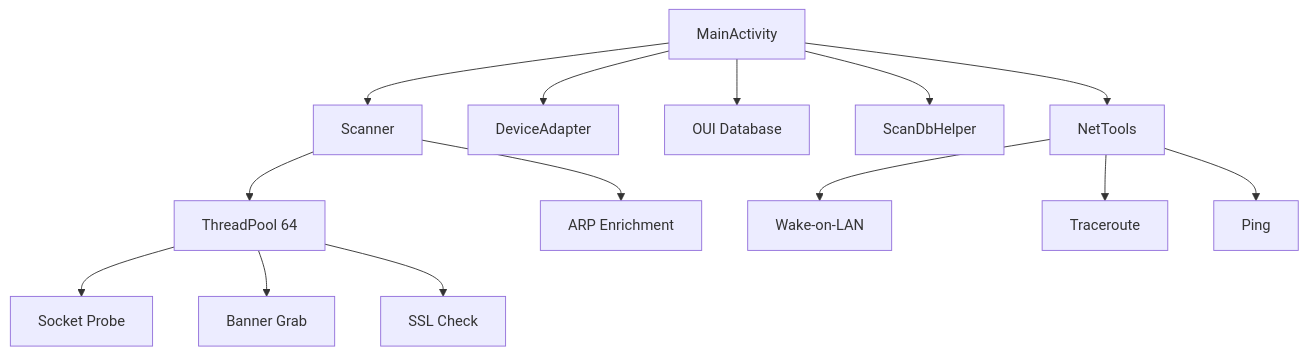
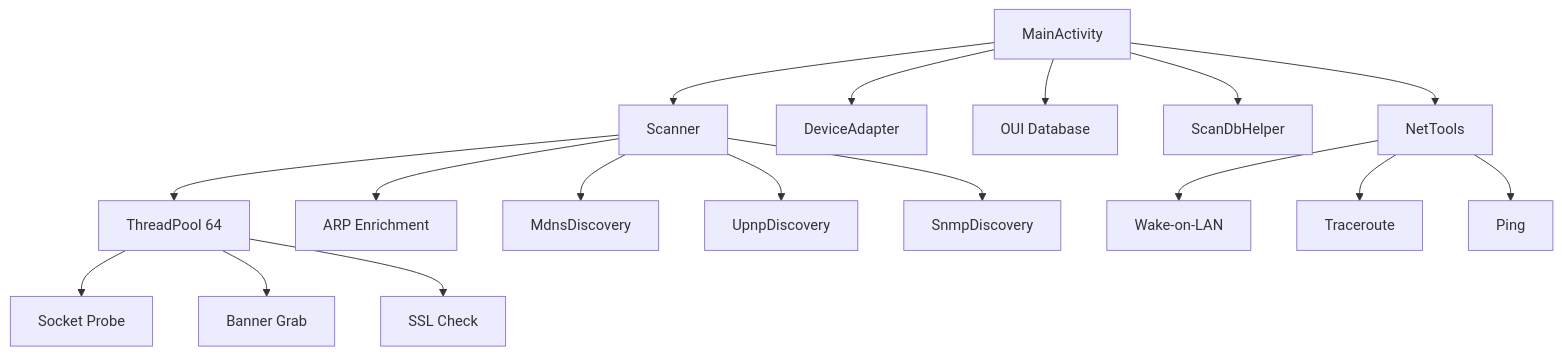
One commit to venantvr/Android.Net.Mapper changed the first of 7 diagrams in README.md. Above: the diagram before and after it, drawn with Mermaid. The commit also changed other lines of this file and 3 other files, not shown here.

First line of the commit message:
feat: Add mDNS/Bonjour, UPnP, SNMP discovery and device notes

````diff
--- a/README.md
+++ b/README.md
@@ -47,16 +51,19 @@
 ```mermaid
 graph TD
     A[MainActivity] --> B[Scanner]
     A --> C[DeviceAdapter]
     A --> D[OUI Database]
     A --> E[ScanDbHelper]
     A --> F[NetTools]
     B --> G[ThreadPool 64]
     G --> H[Socket Probe]
     G --> I[Banner Grab]
     G --> J[SSL Check]
     B --> K[ARP Enrichment]
-    F --> L[Wake-on-LAN]
-    F --> M[Traceroute]
-    F --> N[Ping]
+    B --> L[MdnsDiscovery]
+    B --> M[UpnpDiscovery]
+    B --> N[SnmpDiscovery]
+    F --> O[Wake-on-LAN]
+    F --> P[Traceroute]
+    F --> Q[Ping]
 ```
````
